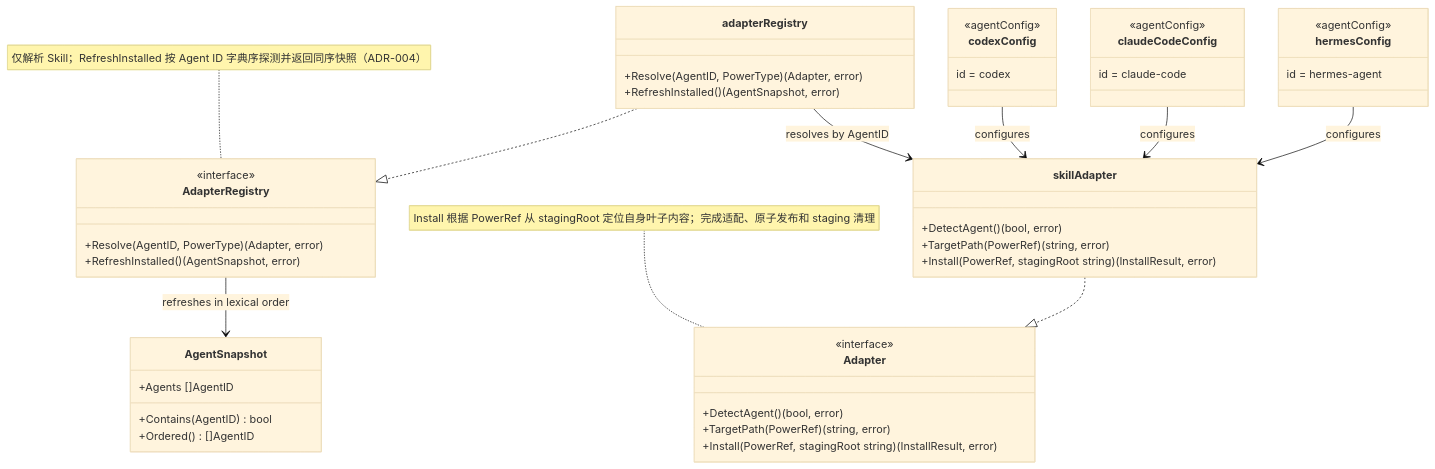
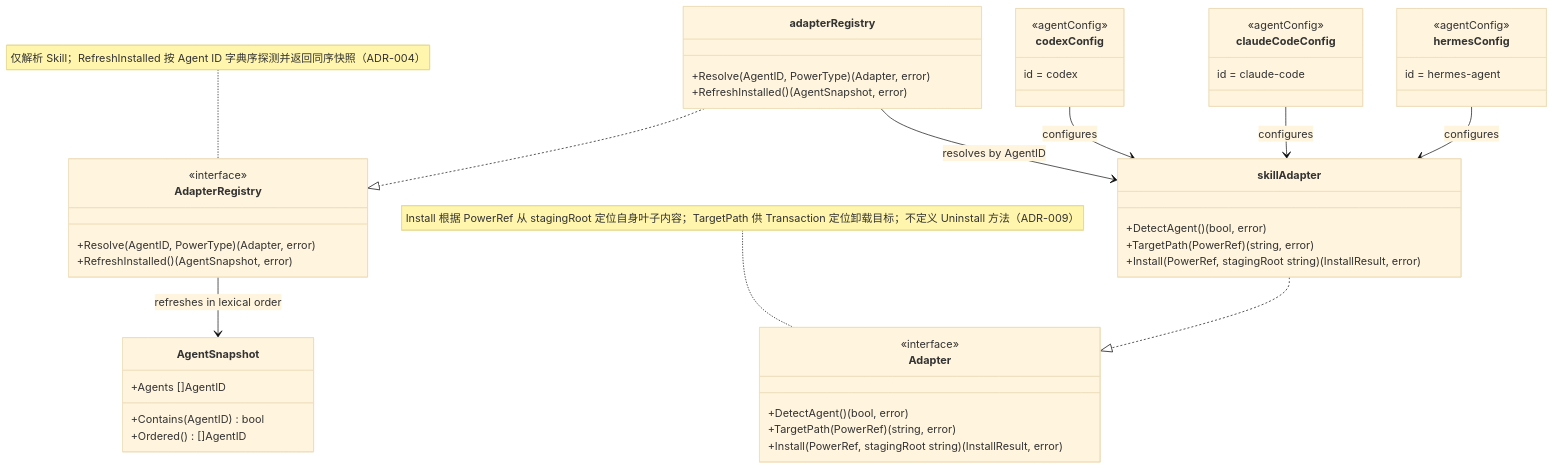
The diagram in ivory-tower/c4/components/apm-cli-diagrams/adapter-registry.mmd (spacemit-com/agent-power-manager), drawn with Mermaid (base theme) before and after one commit. The commit also changed 27 other files, not shown here.

```diff
--- a/ivory-tower/c4/components/apm-cli-diagrams/adapter-registry.mmd
+++ b/ivory-tower/c4/components/apm-cli-diagrams/adapter-registry.mmd
@@ -1,48 +1,48 @@
 classDiagram
     note for AdapterRegistry "仅解析 Skill；RefreshInstalled 按 Agent ID 字典序探测并返回同序快照（ADR-004）"
     class AdapterRegistry {
         <<interface>>
         +Resolve(AgentID, PowerType) (Adapter, error)
         +RefreshInstalled() (AgentSnapshot, error)
     }
-    note for Adapter "Install 根据 PowerRef 从 stagingRoot 定位自身叶子内容；完成适配、原子发布和 staging 清理"
+    note for Adapter "Install 根据 PowerRef 从 stagingRoot 定位自身叶子内容；TargetPath 供 Transaction 定位卸载目标；不定义 Uninstall 方法（ADR-009）"
     class Adapter {
         <<interface>>
         +DetectAgent() (bool, error)
         +TargetPath(PowerRef) (string, error)
         +Install(PowerRef, stagingRoot string) (InstallResult, error)
     }
     class AgentSnapshot {
         +Agents []AgentID
         +Contains(AgentID) bool
         +Ordered() []AgentID
     }
     class adapterRegistry {
         +Resolve(AgentID, PowerType) (Adapter, error)
         +RefreshInstalled() (AgentSnapshot, error)
     }
     class skillAdapter {
         +DetectAgent() (bool, error)
         +TargetPath(PowerRef) (string, error)
         +Install(PowerRef, stagingRoot string) (InstallResult, error)
     }
     class codexConfig {
         <<agentConfig>>
         id = codex
     }
     class claudeCodeConfig {
         <<agentConfig>>
         id = claude-code
     }
     class hermesConfig {
         <<agentConfig>>
         id = hermes-agent
     }
 
     adapterRegistry ..|> AdapterRegistry
     adapterRegistry --> skillAdapter : resolves by AgentID
     AdapterRegistry --> AgentSnapshot : refreshes in lexical order
     skillAdapter ..|> Adapter
     codexConfig --> skillAdapter : configures
     claudeCodeConfig --> skillAdapter : configures
     hermesConfig --> skillAdapter : configures
```
